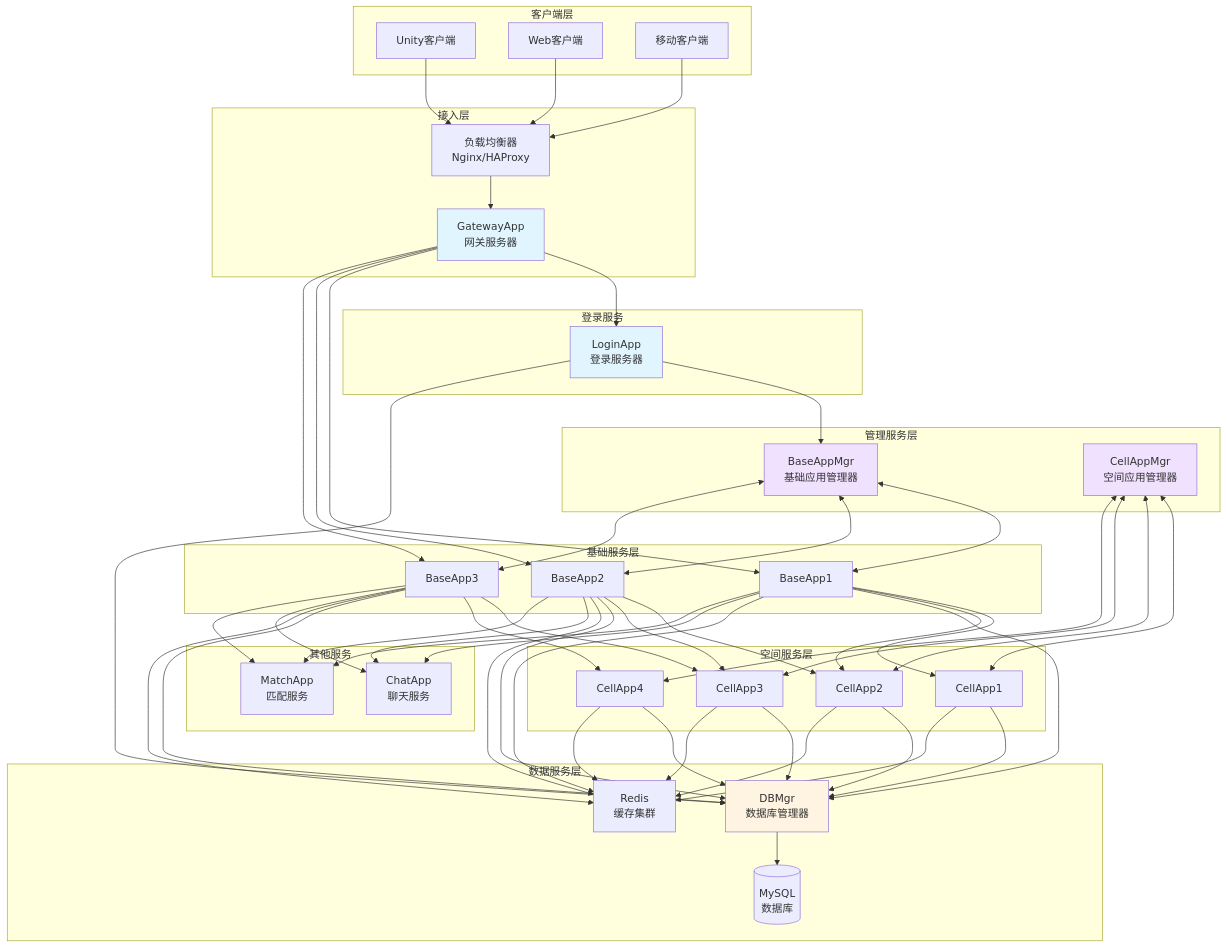
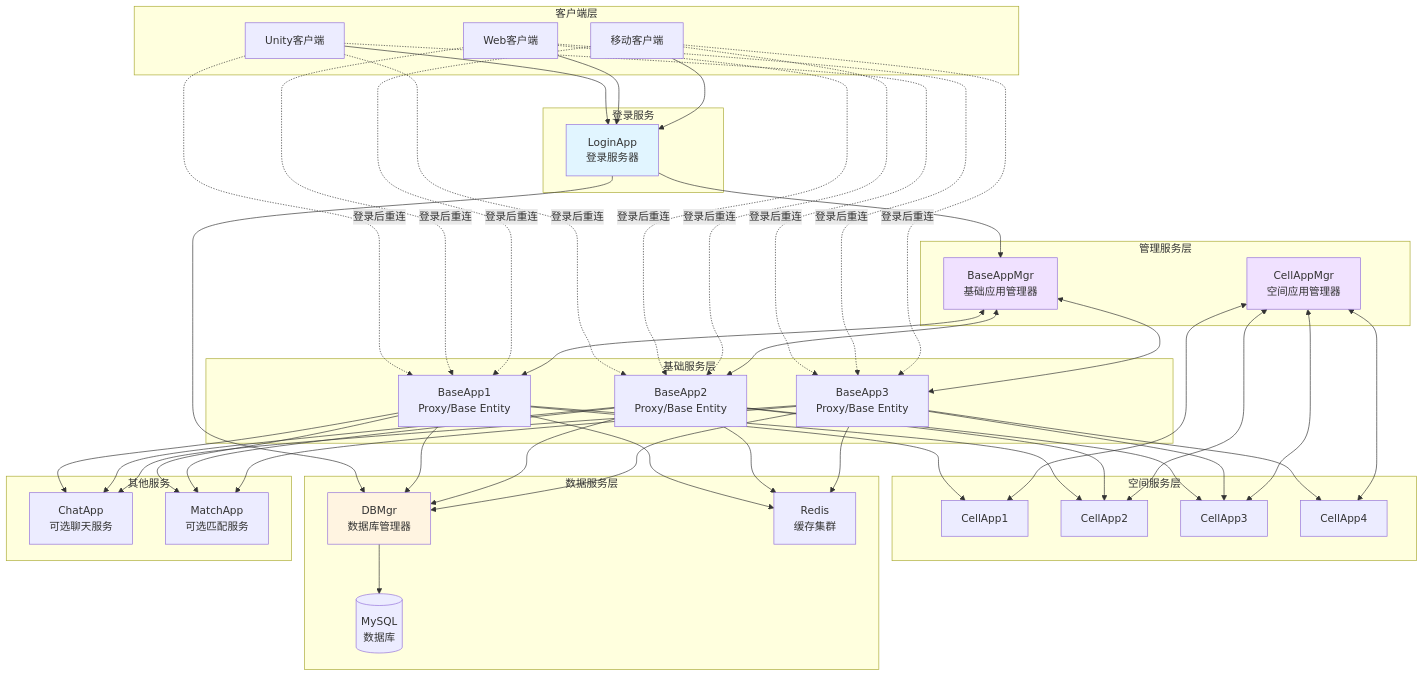
Before and after one commit to cuihairu/apollo: the first of 3 diagrams in docs/qa/q1-server-architecture.md, drawn with Mermaid. The commit also changed other lines of this file and 513 other files, not shown here.

```diff
--- a/docs/qa/q1-server-architecture.md
+++ b/docs/qa/q1-server-architecture.md
@@ -17,11 +19,6 @@
         U["Unity客户端"]
         W["Web客户端"]
         M["移动客户端"]
-    end
-
-    subgraph Edge["接入层"]
-        LB["负载均衡器<br/>Nginx/HAProxy"]
-        GW["GatewayApp<br/>网关服务器"]
     end
 
     subgraph Login["登录服务"]
@@ -34,9 +31,9 @@
     end
 
     subgraph Base["基础服务层"]
-        BA1["BaseApp1"]
-        BA2["BaseApp2"]
-        BA3["BaseApp3"]
+        BA1["BaseApp1<br/>Proxy/Base Entity"]
+        BA2["BaseApp2<br/>Proxy/Base Entity"]
+        BA3["BaseApp3<br/>Proxy/Base Entity"]
     end
 
     subgraph Cell["空间服务层"]
@@ -53,17 +50,15 @@
     end
 
     subgraph Other["其他服务"]
-        CHAT["ChatApp<br/>聊天服务"]
-        MATCH["MatchApp<br/>匹配服务"]
+        CHAT["ChatApp<br/>可选聊天服务"]
+        MATCH["MatchApp<br/>可选匹配服务"]
     end
 
     %% 连接关系
-    U & W & M --> LB
-    LB --> GW
-    GW --> LA
-    GW --> BA1
-    GW --> BA2
-    GW --> BA3
+    U & W & M --> LA
+    U & W & M -.登录后重连.-> BA1
+    U & W & M -.登录后重连.-> BA2
+    U & W & M -.登录后重连.-> BA3
 
     LA --> BAM
     LA --> DBM
@@ -85,17 +80,14 @@
     CAM <--> CA4
 
     BA1 & BA2 & BA3 --> DBM
-    CA1 & CA2 & CA3 & CA4 --> DBM
 
     BA1 & BA2 & BA3 --> RD
-    CA1 & CA2 & CA3 & CA4 --> RD
 
     DBM --> DB
 
     BA1 & BA2 & BA3 --> CHAT
     BA1 & BA2 & BA3 --> MATCH
 
-    style GW fill:#e1f5ff
     style LA fill:#e1f5ff
     style DBM fill:#fff4e1
     style BAM fill:#f0e1ff
```
